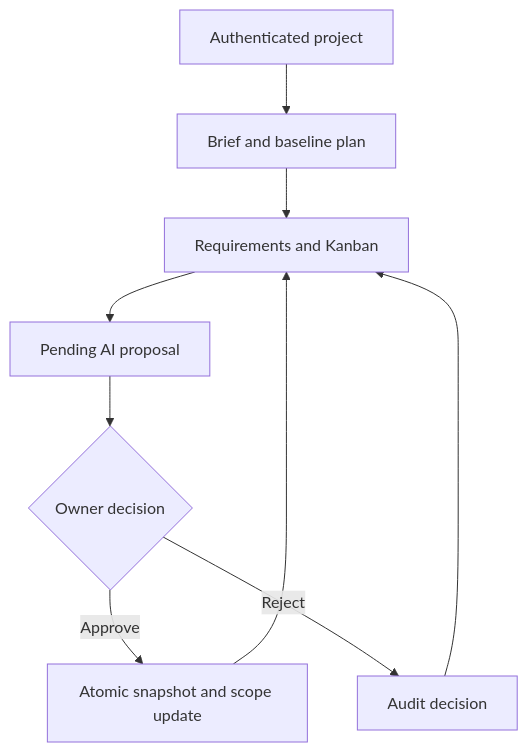
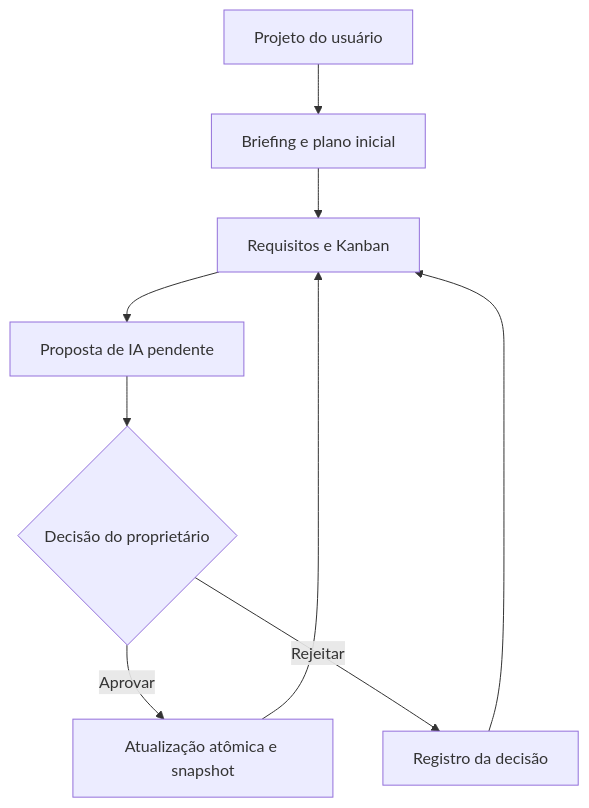
The diagram in README.md (Vinsett07/vinsett-forge-ai), drawn with Mermaid before and after one commit. The commit also changed other lines of this file and 8 other files, not shown here.

````diff
--- a/README.md
+++ b/README.md
@@ -24,11 +30,11 @@
 ```mermaid
 flowchart TD
-  A[Authenticated project] --> B[Brief and baseline plan]
-  B --> C[Requirements and Kanban]
-  C --> D[Pending AI proposal]
-  D --> E{Owner decision}
-  E -->|Approve| F[Atomic snapshot and scope update]
-  E -->|Reject| G[Audit decision]
+  A[Projeto do usuário] --> B[Briefing e plano inicial]
+  B --> C[Requisitos e Kanban]
+  C --> D[Proposta de IA pendente]
+  D --> E{Decisão do proprietário}
+  E -->|Aprovar| F[Atualização atômica e snapshot]
+  E -->|Rejeitar| G[Registro da decisão]
   F --> C
   G --> C
 ```
````
